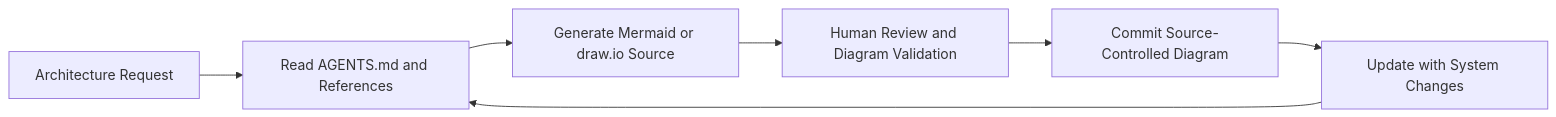
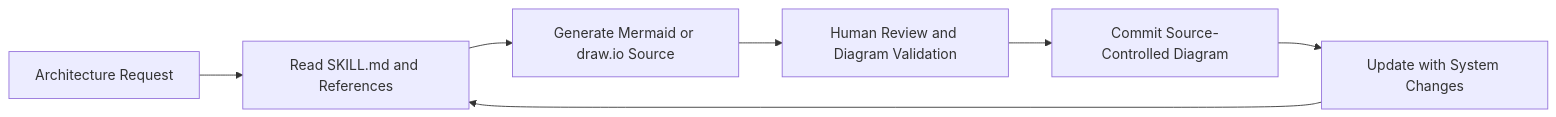
The second of 4 diagrams in README.md (planktonsoup-labs/planktonsoup-editable-software-diagrams), drawn with Mermaid before and after one commit. The commit also changed other lines of this file and 9 other files, not shown here.

````diff
--- a/README.md
+++ b/README.md
@@ -85,12 +88,12 @@
 ```mermaid
 flowchart LR
 	request[Architecture Request]
-	context[Read AGENTS.md and References]
+	context[Read SKILL.md and References]
 	generate[Generate Mermaid or draw.io Source]
 	review[Human Review and Diagram Validation]
 	commit[Commit Source-Controlled Diagram]
 	evolve[Update with System Changes]
 
 	request --> context --> generate --> review --> commit --> evolve
 	evolve --> context
 ```
````
